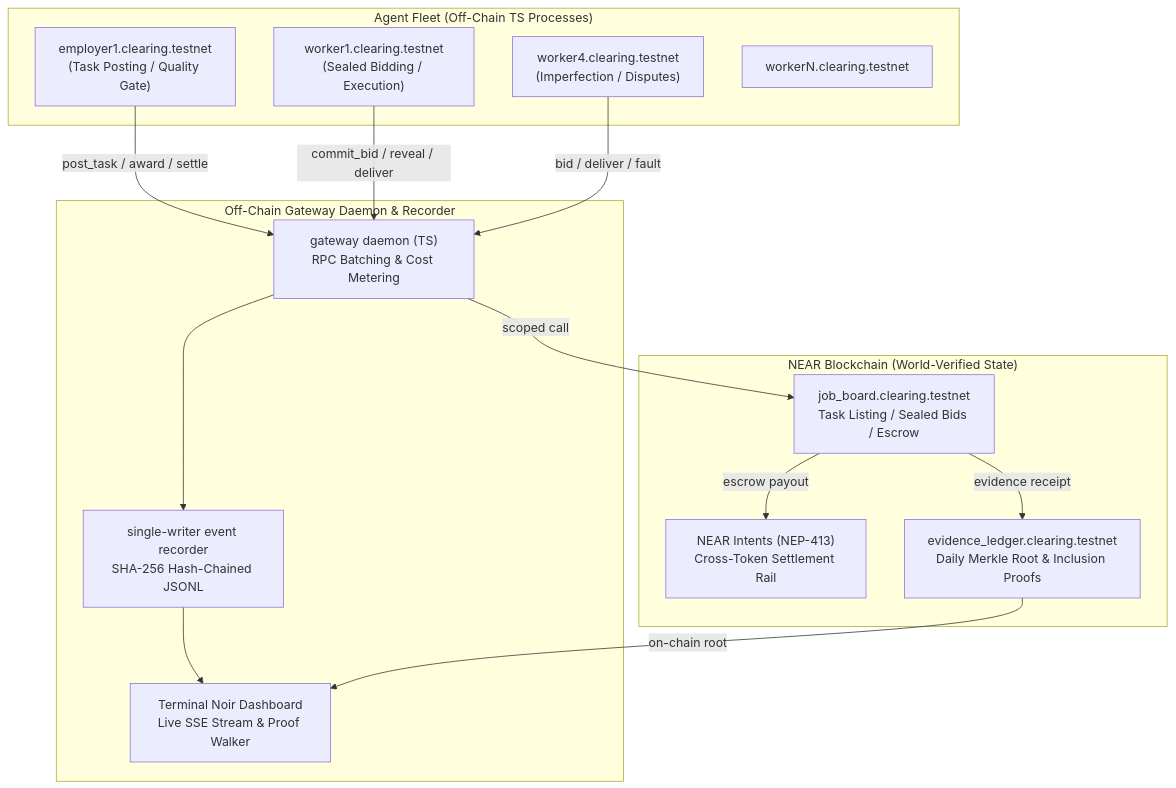
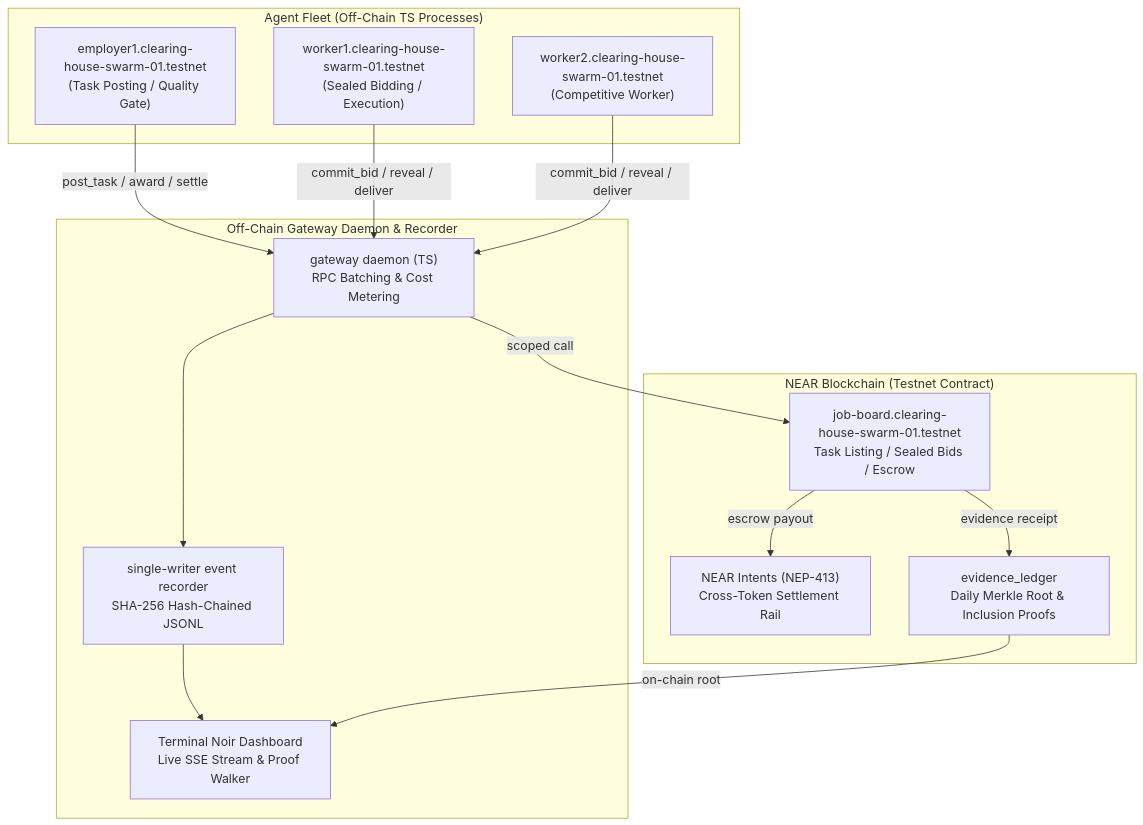
One commit to ShawnTheCreator/The_Clearing_House changed the diagram in README.md. Above: the diagram before and after it, drawn with Mermaid. The commit also changed other lines of this file and 15 other files, not shown here.

Commit message:
feat: deploy Rust job board to NEAR testnet, run multi-worker auctions, and publish live Merkle roots

````diff
--- a/README.md
+++ b/README.md
@@ -36,30 +53,29 @@
 ```mermaid
 flowchart TD
     subgraph AGENTS["Agent Fleet (Off-Chain TS Processes)"]
-        A1["employer1.clearing.testnet<br/>(Task Posting / Quality Gate)"]
-        A2["worker1.clearing.testnet<br/>(Sealed Bidding / Execution)"]
-        A3["worker4.clearing.testnet<br/>(Imperfection / Disputes)"]
-        AN["workerN.clearing.testnet"]
+        A1["employer1.clearing-house-swarm-01.testnet<br/>(Task Posting / Quality Gate)"]
+        A2["worker1.clearing-house-swarm-01.testnet<br/>(Sealed Bidding / Execution)"]
+        A3["worker2.clearing-house-swarm-01.testnet<br/>(Competitive Worker)"]
     end
 
     subgraph GATEWAY["Off-Chain Gateway Daemon & Recorder"]
         GW["gateway daemon (TS)<br/>RPC Batching & Cost Metering"]
         REC["single-writer event recorder<br/>SHA-256 Hash-Chained JSONL"]
         DASH["Terminal Noir Dashboard<br/>Live SSE Stream & Proof Walker"]
     end
 
-    subgraph CHAIN["NEAR Blockchain (World-Verified State)"]
-        JB["job_board.clearing.testnet<br/>Task Listing / Sealed Bids / Escrow"]
+    subgraph CHAIN["NEAR Blockchain (Testnet Contract)"]
+        JB["job-board.clearing-house-swarm-01.testnet<br/>Task Listing / Sealed Bids / Escrow"]
         INT["NEAR Intents (NEP-413)<br/>Cross-Token Settlement Rail"]
-        EL["evidence_ledger.clearing.testnet<br/>Daily Merkle Root & Inclusion Proofs"]
+        EL["evidence_ledger<br/>Daily Merkle Root & Inclusion Proofs"]
     end
 
     A1 -->|"post_task / award / settle"| GW
     A2 -->|"commit_bid / reveal / deliver"| GW
-    A3 -->|"bid / deliver / fault"| GW
+    A3 -->|"commit_bid / reveal / deliver"| GW
     GW -->|"scoped call"| JB
     JB -->|"escrow payout"| INT
     JB -->|"evidence receipt"| EL
     GW --> REC --> DASH
     EL -->|"on-chain root"| DASH
 ```
````
